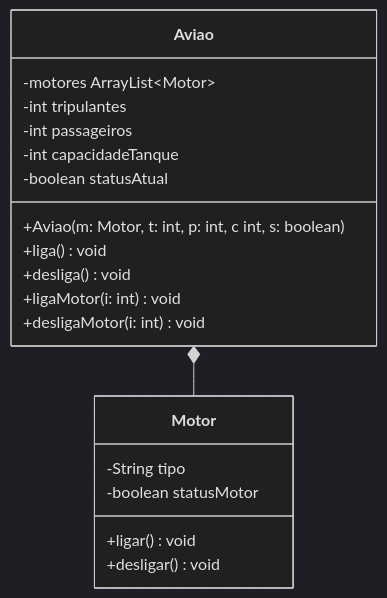
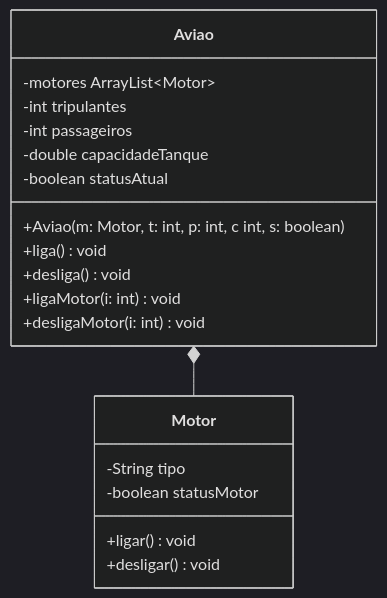
The fifth of 5 diagrams in aulas/2026-09-23-aula/Readme.md (zEduardoxSD/POO), drawn with Mermaid (dark theme) before and after one commit. The commit also changed 21 other files, not shown here.

````diff
--- a/aulas/2026-09-23-aula/Readme.md
+++ b/aulas/2026-09-23-aula/Readme.md
@@ -88,24 +88,24 @@
 ```mermaid
     classDiagram
         class Aviao{
             -motores ArrayList~Motor~
             -int tripulantes
             -int passageiros
-            -int capacidadeTanque
+            -double capacidadeTanque
             -boolean statusAtual
             +Aviao(m: Motor, t: int, p: int, c int, s: boolean)
             +liga() void
             +desliga() void
             +ligaMotor(i: int) void
             +desligaMotor(i: int) void
         }
         class Motor{
             -String tipo
             -boolean statusMotor
             +ligar() void
             +desligar() void
         }
         
         
         Aviao *-- Motor
 ```
````
